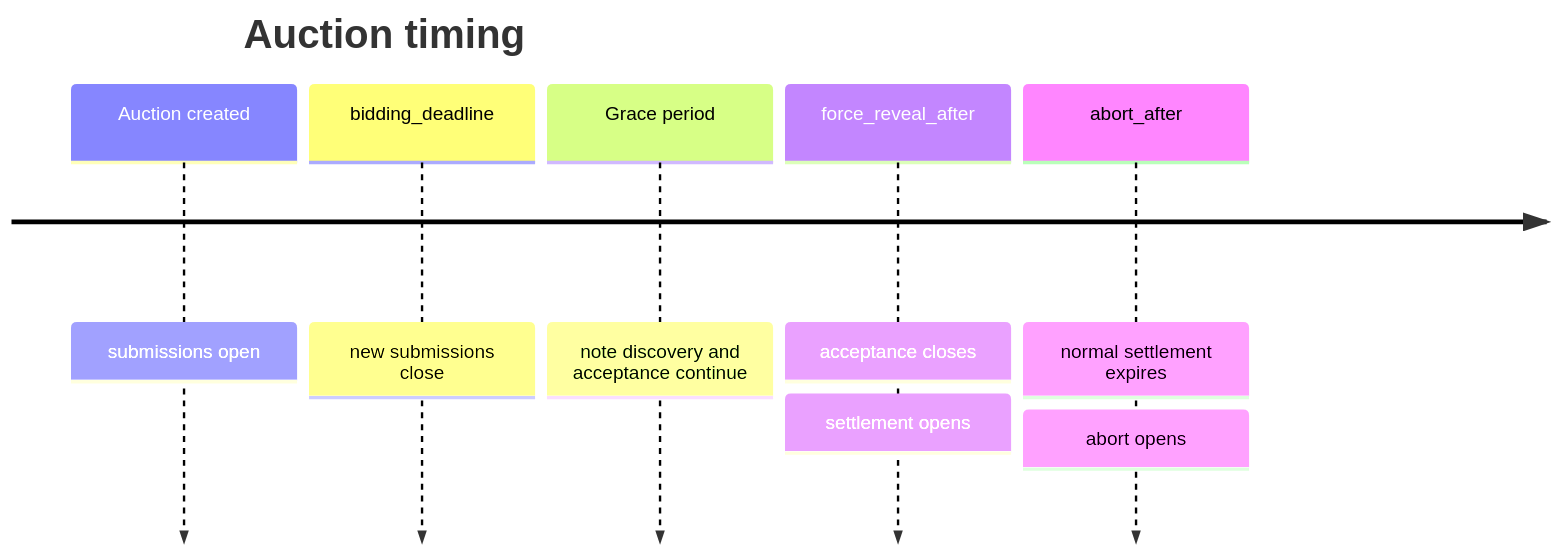
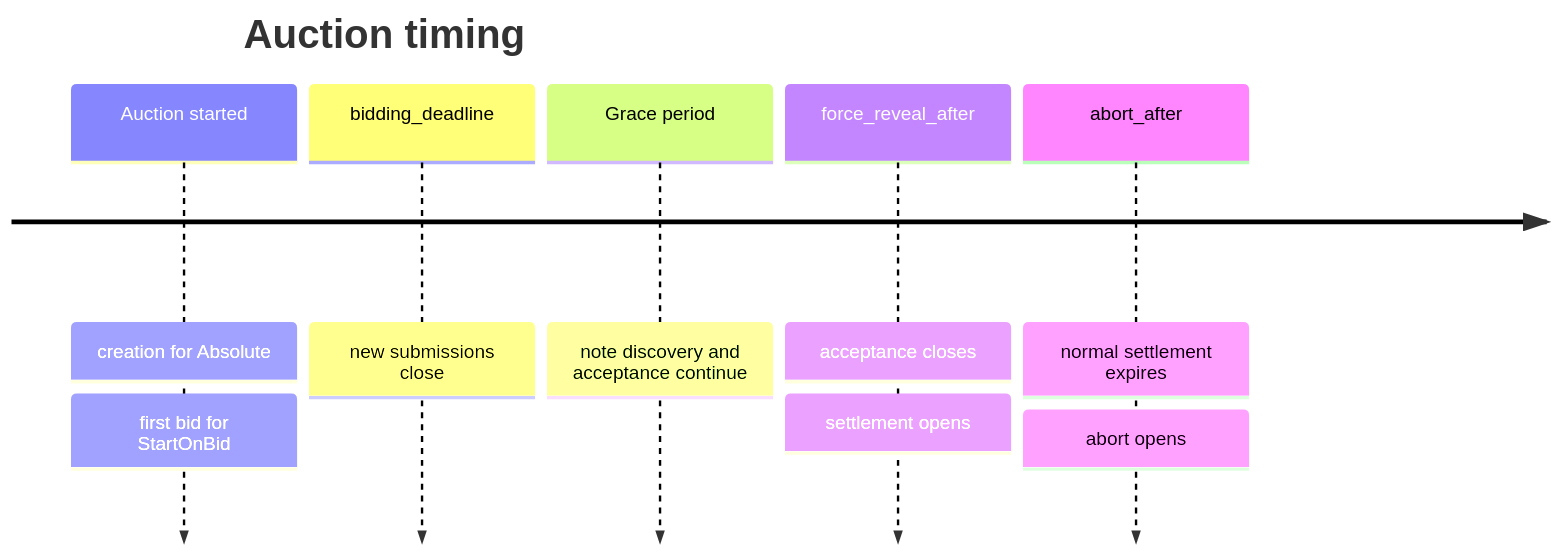
One commit to broody/whisper changed the second of 2 diagrams in docs/src/pages/auctions/bid-lifecycle.mdx. Above: the diagram before and after it, drawn with Mermaid. The commit also changed other lines of this file and 16 other files, not shown here.

Commit message:
feat: add start-on-bid auction scheduling

````diff
--- a/docs/src/pages/auctions/bid-lifecycle.mdx
+++ b/docs/src/pages/auctions/bid-lifecycle.mdx
@@ -88,9 +99,9 @@
 ```mermaid
 timeline
   title Auction timing
-  Auction created : submissions open
+  Auction started : creation for Absolute : first bid for StartOnBid
   bidding_deadline : new submissions close
   Grace period : note discovery and acceptance continue
   force_reveal_after : acceptance closes : settlement opens
   abort_after : normal settlement expires : abort opens
 ```
````
